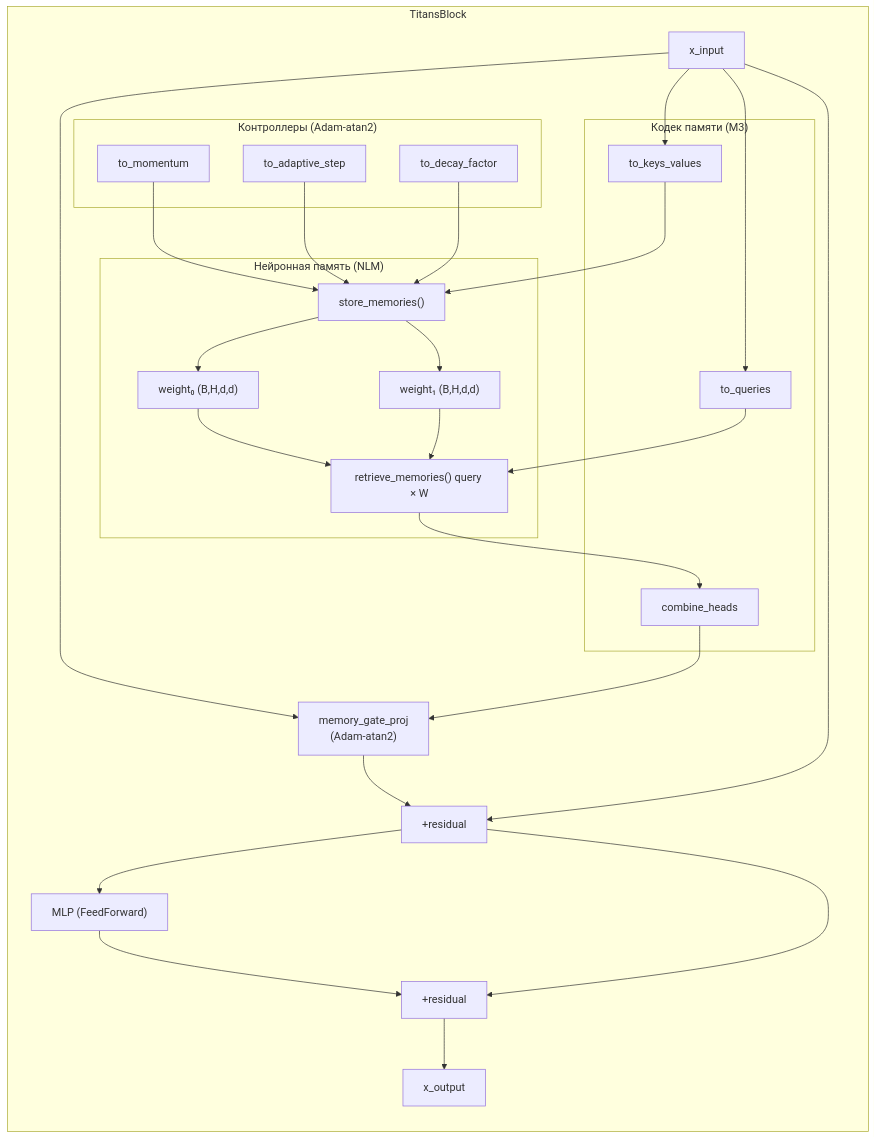
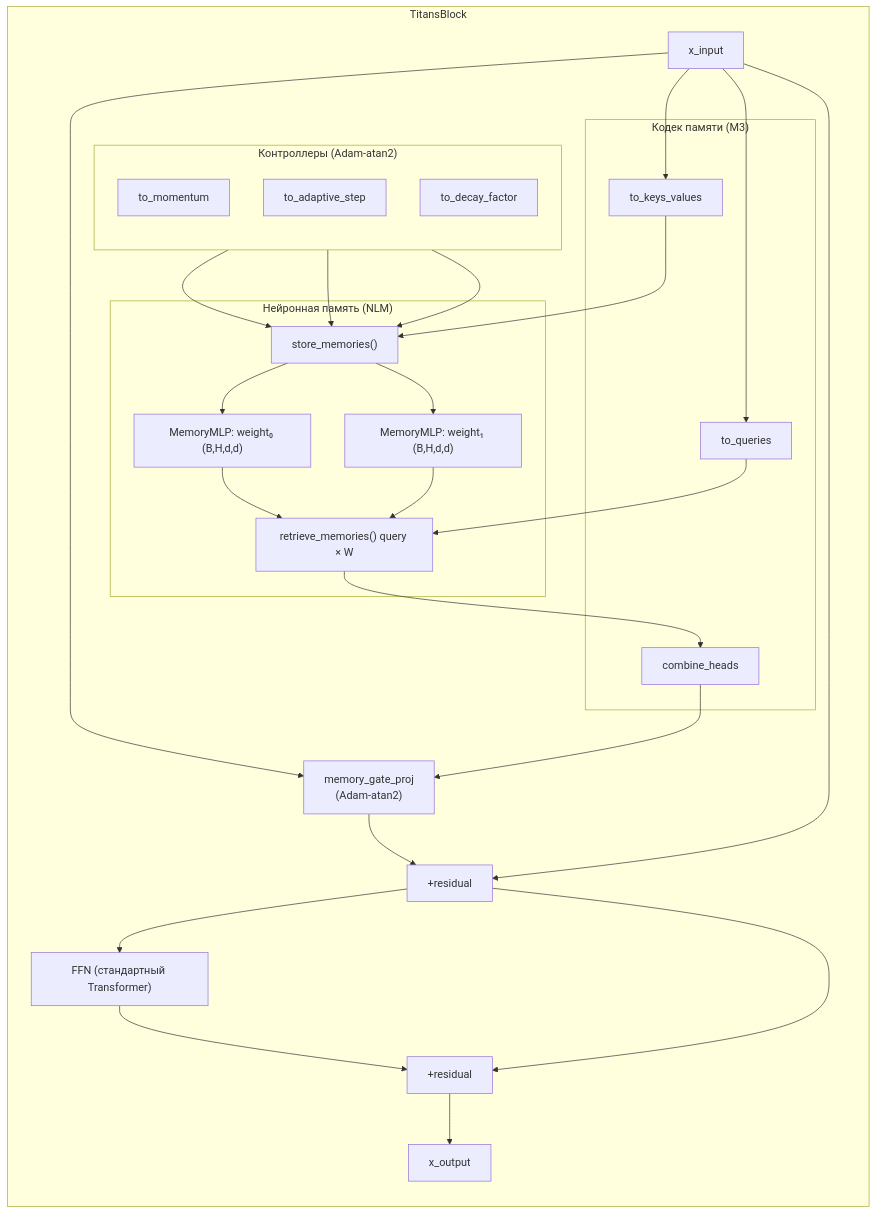
The diagram in docs/M3_Optimizer.md (andrew-veriga/Titans_jax), drawn with Mermaid before and after one commit. The commit also changed other lines of this file and 4 other files, not shown here.

````diff
--- a/docs/M3_Optimizer.md
+++ b/docs/M3_Optimizer.md
@@ -30,38 +140,39 @@
 ``` mermaid
 flowchart TB
     subgraph TitansBlock
         direction TB
         Input["x_input"]
         subgraph Memory_Codec["Кодек памяти (M3)"]
             Q["to_queries"]
             KV["to_keys_values"]
             CH["combine_heads"]
         end
         subgraph Memory_Controllers["Контроллеры (Adam-atan2)"]
+	        direction TB
             MOM["to_momentum"]
             ADAPT["to_adaptive_step"]
             DECAY["to_decay_factor"]
         end
         Gate["memory_gate_proj<br/>(Adam-atan2)"]
         subgraph NeuralMemory["Нейронная память (NLM)"]
             Store["store_memories()"]
-            W0["weight₀ (B,H,d,d)"]
-            W1["weight₁ (B,H,d,d)"]
+            W0["MemoryMLP: weight₀ (B,H,d,d)"]
+            W1["MemoryMLP: weight₁ (B,H,d,d)"]
             Retrieve["retrieve_memories() query × W"]
         end
         Add1["+residual"]
-        MLP["MLP (FeedForward)"]
+        FFN["FFN (стандартный Transformer)"]
         Add2["+residual"]
         Output["x_output"]
     end
     Input --> Q & KV & Gate
     Q --> Retrieve
     KV --> Store
     MOM & ADAPT & DECAY --> Store
     Store --> W0 & W1
     W0 & W1 --> Retrieve
     Retrieve --> CH --> Gate --> Add1
     Input --> Add1
-    Add1 --> MLP --> Add2
+    Add1 --> FFN --> Add2
     Add1 --> Add2 --> Output
 ```
````
